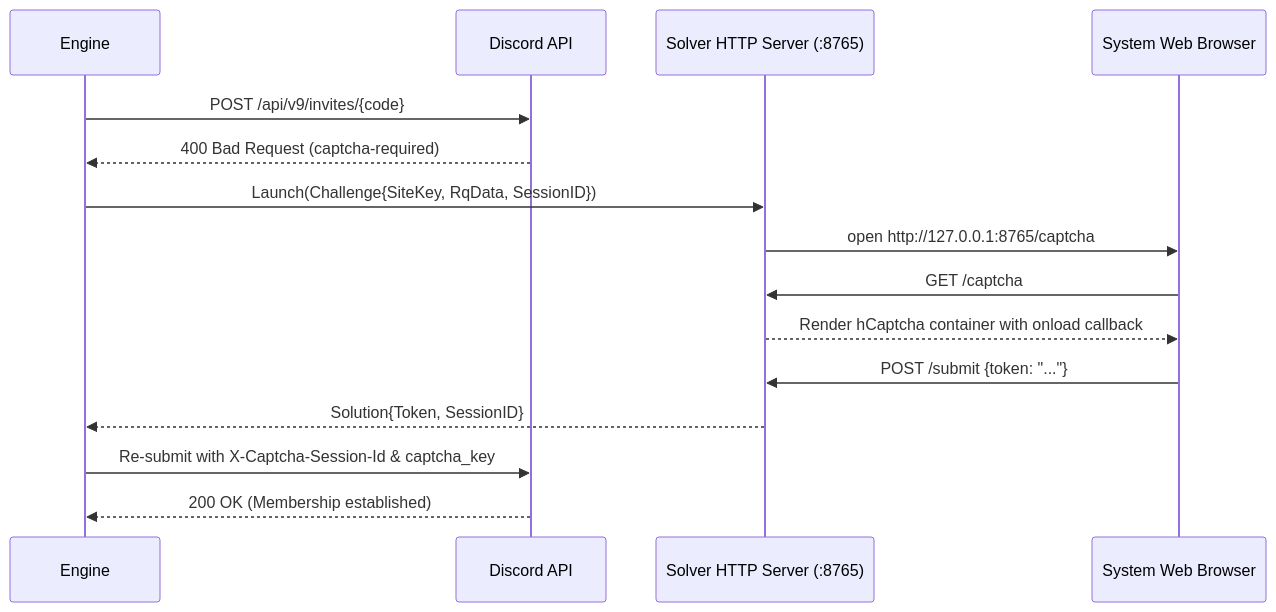
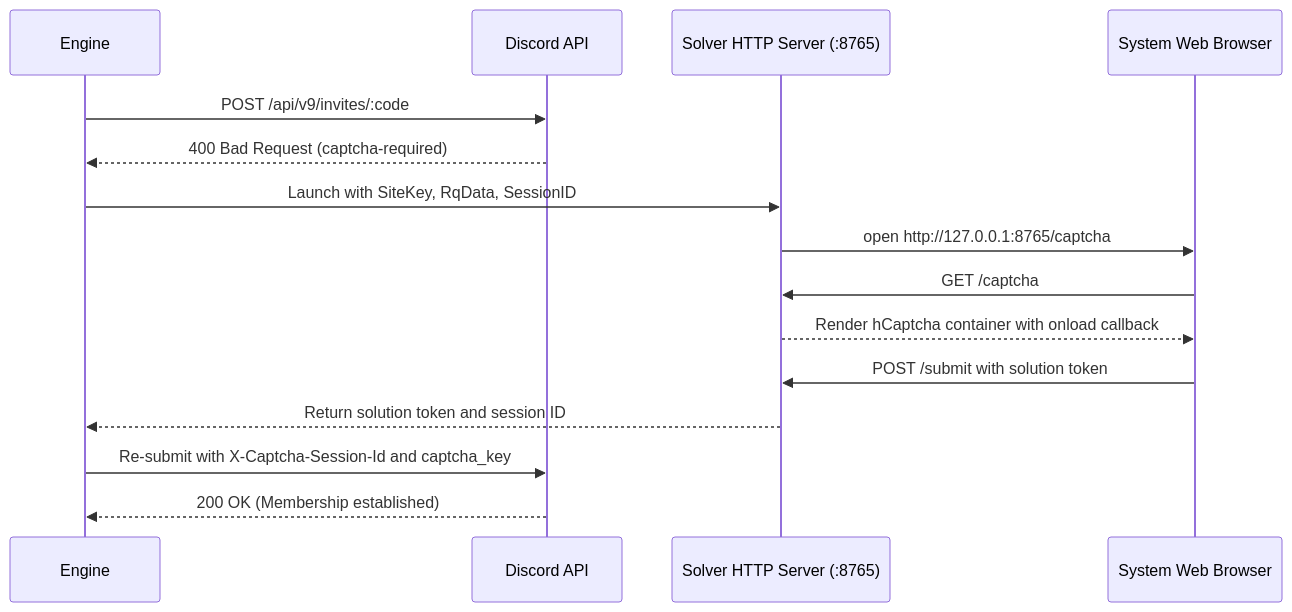
The second of 3 diagrams in docs/architecture.md (Kingof3O/discord-osint), drawn with Mermaid before and after one commit. The commit also changed other lines of this file and 1 other file, not shown here.

Commit message:
fix(docs): resolve Mermaid syntax errors and escape parameters in diagrams

````diff
--- a/docs/architecture.md
+++ b/docs/architecture.md
@@ -72,18 +72,18 @@
 ```mermaid
 sequenceDiagram
     participant CLI as Engine
     participant Disc as Discord API
     participant Bridge as Solver HTTP Server (:8765)
     participant Browser as System Web Browser
 
-    CLI->>Disc: POST /api/v9/invites/{code}
+    CLI->>Disc: POST /api/v9/invites/:code
     Disc-->>CLI: 400 Bad Request (captcha-required)
-    CLI->>Bridge: Launch(Challenge{SiteKey, RqData, SessionID})
+    CLI->>Bridge: Launch with SiteKey, RqData, SessionID
     Bridge->>Browser: open http://127.0.0.1:8765/captcha
     Browser->>Bridge: GET /captcha
     Bridge-->>Browser: Render hCaptcha container with onload callback
-    Browser->>Bridge: POST /submit {token: "..."}
-    Bridge-->>CLI: Solution{Token, SessionID}
-    CLI->>Disc: Re-submit with X-Captcha-Session-Id & captcha_key
+    Browser->>Bridge: POST /submit with solution token
+    Bridge-->>CLI: Return solution token and session ID
+    CLI->>Disc: Re-submit with X-Captcha-Session-Id and captcha_key
     Disc-->>CLI: 200 OK (Membership established)
 ```
````
